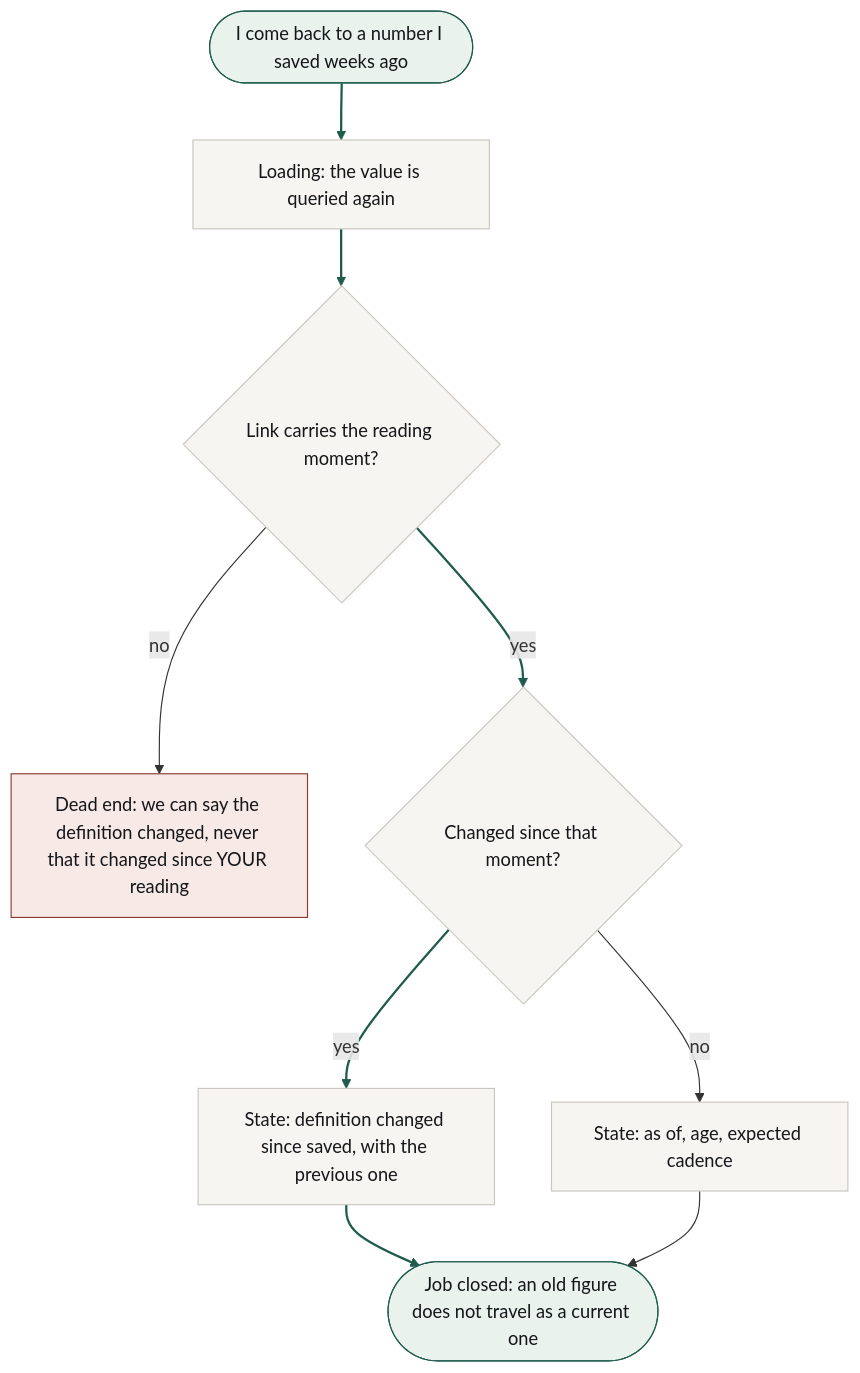
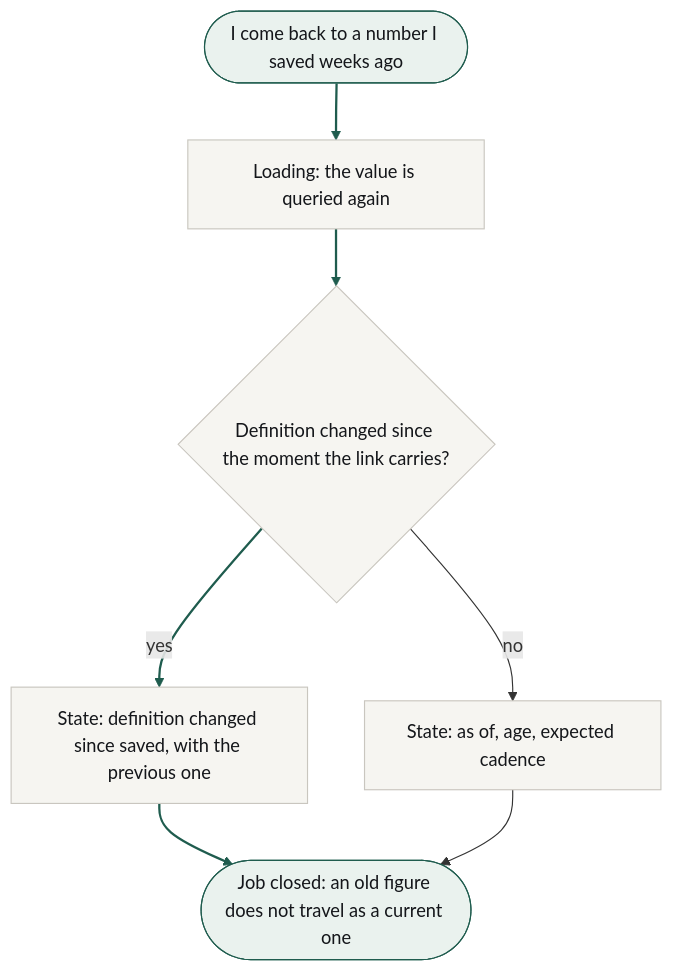
The third of 4 diagrams in ia/docs/flows.md (sergiodesign4u-dot/plumb), drawn with Mermaid before and after one commit. The commit also changed other lines of this file and 5 other files, not shown here.

````diff
--- a/ia/docs/flows.md
+++ b/ia/docs/flows.md
@@ -88,19 +98,16 @@
 ```mermaid
 flowchart TD
     S3(["I come back to a number I saved weeks ago"]) --> L3["Loading: the value is queried again"]
-    L3 --> Mark{"Link carries the reading moment?"}
-    Mark -->|no| D3["Dead end: we can say the definition changed, never that it changed since YOUR reading"]
-    Mark -->|yes| Cmp{"Changed since that moment?"}
+    L3 --> Cmp{"Definition changed since the moment the link carries?"}
     Cmp -->|yes| Ch3["State: definition changed since saved, with the previous one"]
     Cmp -->|no| Ok3["State: as of, age, expected cadence"]
     Ch3 --> W3(["Job closed: an old figure does not travel as a current one"])
     Ok3 --> W3
 
     classDef success fill:#eaf2ee,stroke:#1f5c4e,color:#14161a;
     classDef dead fill:#f7e9e6,stroke:#8c3b2e,color:#14161a;
     classDef neutral fill:#f6f5f1,stroke:#c9c6bf,color:#14161a;
     class S3,W3 success;
-    class D3 dead;
-    class L3,Mark,Cmp,Ch3,Ok3 neutral;
-    linkStyle 0,1,3,4,6 stroke:#1f5c4e,stroke-width:2px;
+    class L3,Cmp,Ch3,Ok3 neutral;
+    linkStyle 0,1,2,4 stroke:#1f5c4e,stroke-width:2px;
 ```
````
